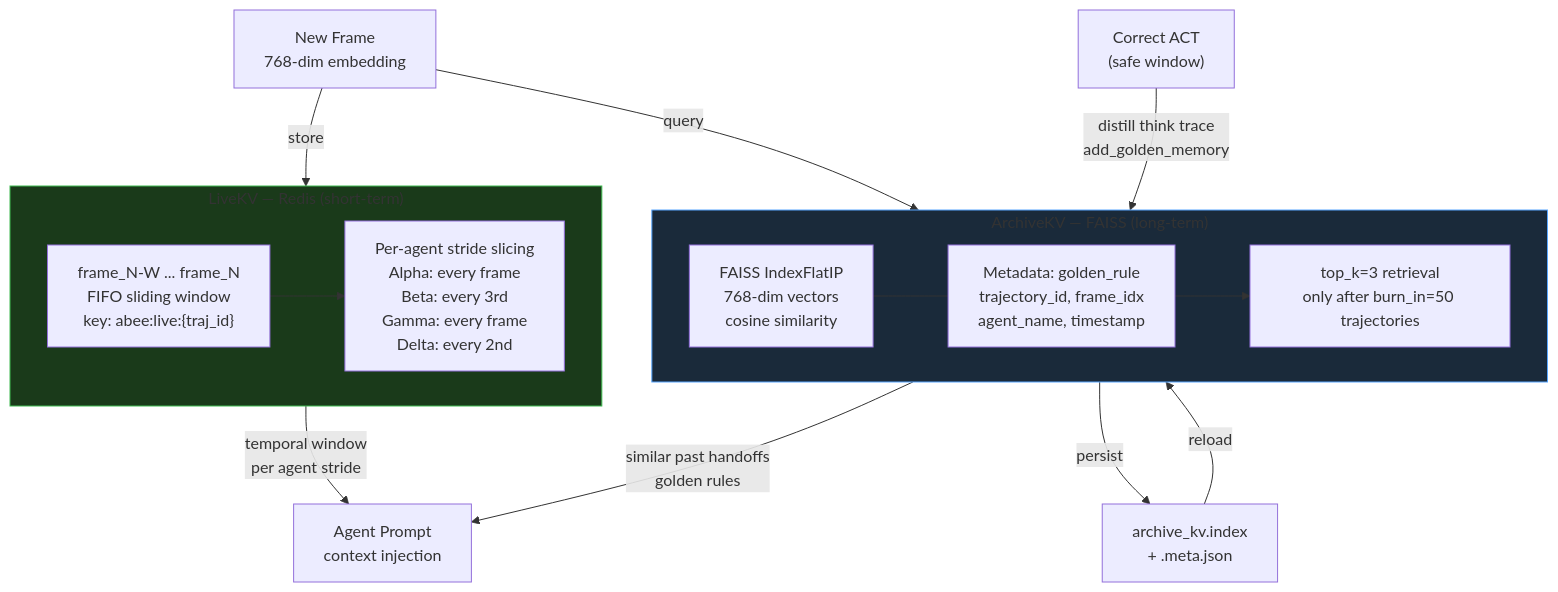
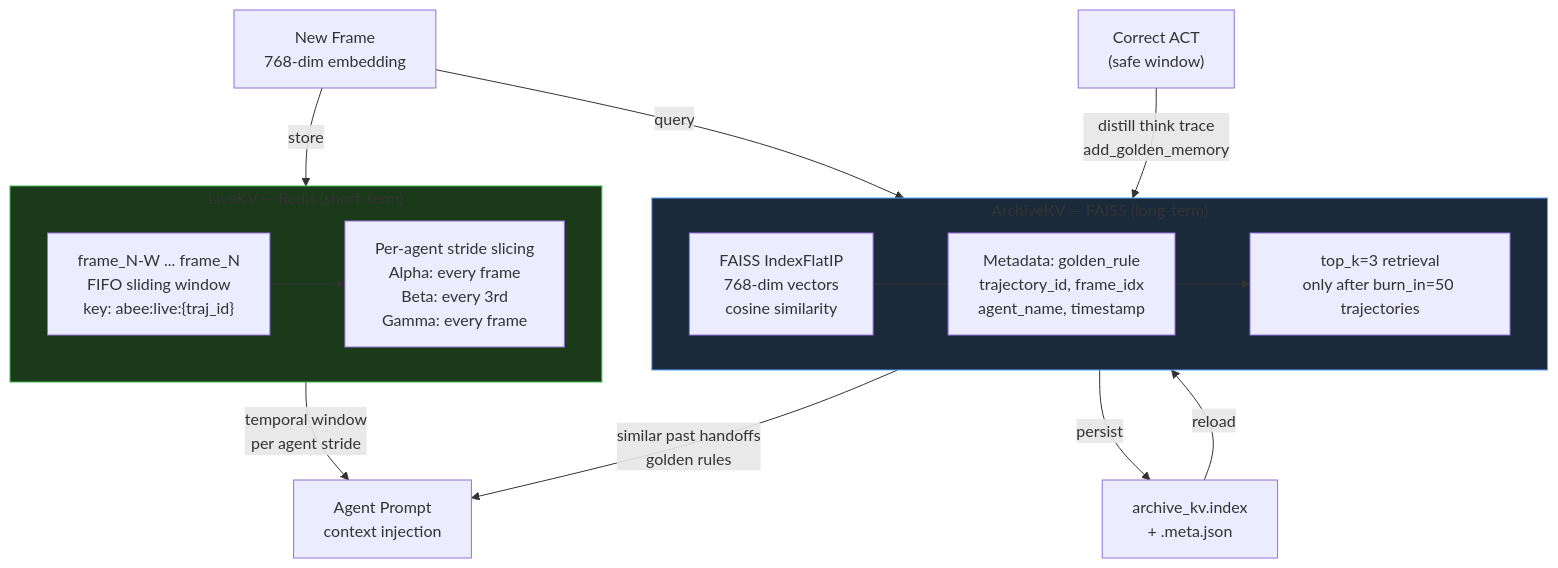
The fifth of 8 diagrams in docs/Architecture docs/ABEE System Documentation.md (AmeerJ97/cosmos-cookoff), drawn with Mermaid before and after one commit. The commit also changed other lines of this file and 13 other files, not shown here.

````diff
--- a/docs/Architecture docs/ABEE System Documentation.md
+++ b/docs/Architecture docs/ABEE System Documentation.md
@@ -226,32 +225,32 @@
 ```mermaid
 flowchart TD
     subgraph LIVEKV["LiveKV — Redis (short-term)"]
         direction LR
         R1["frame_N-W ... frame_N\nFIFO sliding window\nkey: abee:live:{traj_id}"]
-        R2["Per-agent stride slicing\nAlpha: every frame\nBeta: every 3rd\nGamma: every frame\nDelta: every 2nd"]
+        R2["Per-agent stride slicing\nAlpha: every frame\nBeta: every 3rd\nGamma: every frame"]
         R1 --> R2
     end
 
     subgraph ARCHKV["ArchiveKV — FAISS (long-term)"]
         direction LR
         F1["FAISS IndexFlatIP\n768-dim vectors\ncosine similarity"]
         F2["Metadata: golden_rule\ntrajectory_id, frame_idx\nagent_name, timestamp"]
         F3["top_k=3 retrieval\nonly after burn_in=50 trajectories"]
         F1 --- F2
         F2 --> F3
     end
 
     FRAME["New Frame\n768-dim embedding"] -->|store| LIVEKV
     FRAME -->|query| ARCHKV
 
     LIVEKV -->|temporal window\nper agent stride| AGENT["Agent Prompt\ncontext injection"]
     ARCHKV -->|similar past handoffs\ngolden rules| AGENT
 
     CORRECT["Correct ACT\n(safe window)"] -->|distill think trace\nadd_golden_memory| ARCHKV
 
     ARCHKV -->|persist| DISK["archive_kv.index\n+ .meta.json"]
     DISK -->|reload| ARCHKV
 
     style LIVEKV fill:#1a3a1a,stroke:#3fb950
     style ARCHKV fill:#1a2a3a,stroke:#58a6ff
 ```
````
